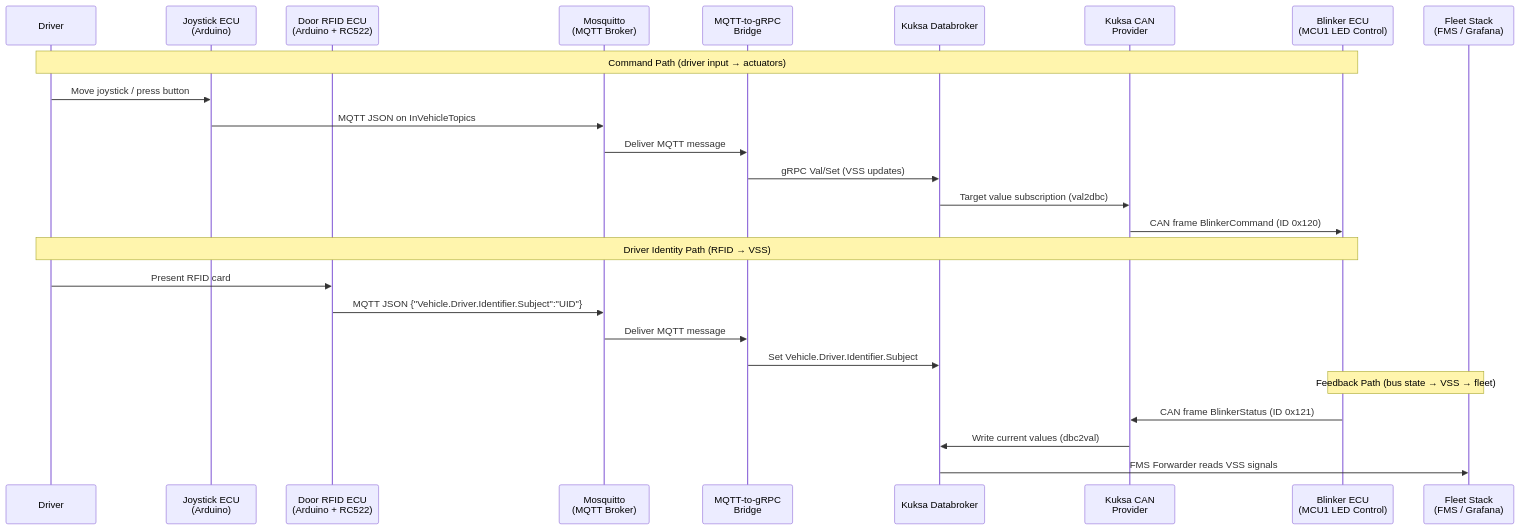
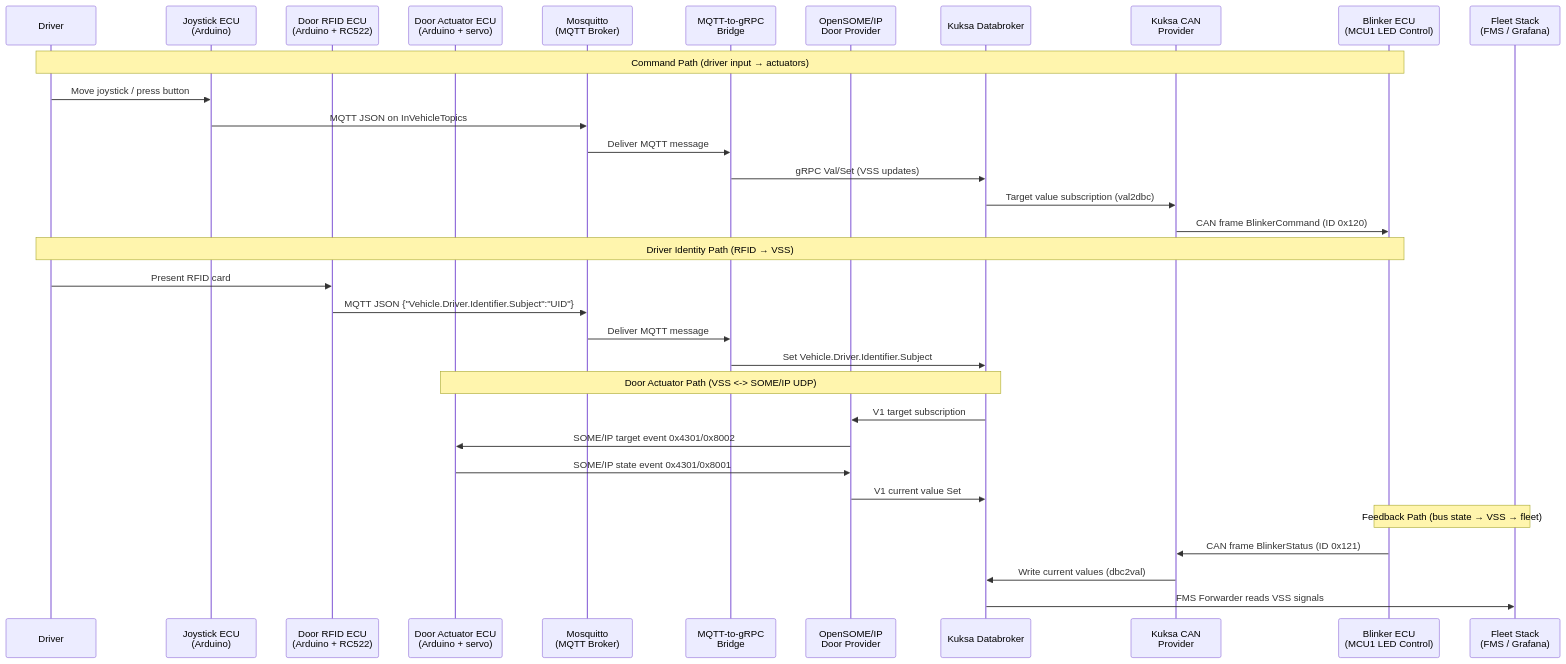
The diagram in docs/website/communication-workflow.md (eclipse-sdv-blueprints/e2e-vehicle-signals), drawn with Mermaid before and after one commit. The commit also changed other lines of this file and 27 other files, not shown here.

First line of the commit message:
feat: Add OpenSOME/IP Door Provider and integrate with Door Actuator ECU

````diff
--- a/docs/website/communication-workflow.md
+++ b/docs/website/communication-workflow.md
@@ -12,31 +12,39 @@
 ```mermaid
 sequenceDiagram
     participant Driver
     participant JoystickECU as Joystick ECU<br/>(Arduino)
     participant RfidECU as Door RFID ECU<br/>(Arduino + RC522)
+    participant DoorECU as Door Actuator ECU<br/>(Arduino + servo)
     participant Broker as Mosquitto<br/>(MQTT Broker)
     participant Bridge as MQTT-to-gRPC<br/>Bridge
+    participant Someip as OpenSOME/IP<br/>Door Provider
     participant Kuksa as Kuksa Databroker
     participant CAN as Kuksa CAN<br/>Provider
     participant MCU as Blinker ECU<br/>(MCU1 LED Control)
     participant Fleet as Fleet Stack<br/>(FMS / Grafana)
 
     Note over Driver, MCU: Command Path (driver input → actuators)
     Driver->>JoystickECU: Move joystick / press button
     JoystickECU->>Broker: MQTT JSON on InVehicleTopics
     Broker->>Bridge: Deliver MQTT message
     Bridge->>Kuksa: gRPC Val/Set (VSS updates)
     Kuksa->>CAN: Target value subscription (val2dbc)
     CAN->>MCU: CAN frame BlinkerCommand (ID 0x120)
 
     Note over Driver, MCU: Driver Identity Path (RFID → VSS)
     Driver->>RfidECU: Present RFID card
     RfidECU->>Broker: MQTT JSON {"Vehicle.Driver.Identifier.Subject":"UID"}
     Broker->>Bridge: Deliver MQTT message
     Bridge->>Kuksa: Set Vehicle.Driver.Identifier.Subject
 
+    Note over DoorECU, Kuksa: Door Actuator Path (VSS <-> SOME/IP UDP)
+    Kuksa->>Someip: V1 target subscription
+    Someip->>DoorECU: SOME/IP target event 0x4301/0x8002
+    DoorECU->>Someip: SOME/IP state event 0x4301/0x8001
+    Someip->>Kuksa: V1 current value Set
+
     Note over MCU, Fleet: Feedback Path (bus state → VSS → fleet)
     MCU->>CAN: CAN frame BlinkerStatus (ID 0x121)
     CAN->>Kuksa: Write current values (dbc2val)
     Kuksa->>Fleet: FMS Forwarder reads VSS signals
 ```
````
